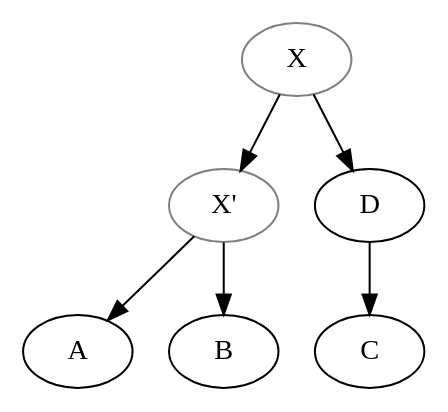
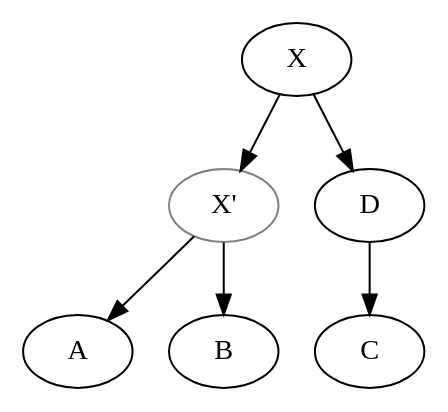
One commit to OpenStemmata/database changed the diagram in Wauquelin/graph.gv. Above: the diagram before and after it, drawn with Graphviz.

Commit message:
corr Xprime

```diff
--- a/Wauquelin/graph.gv
+++ b/Wauquelin/graph.gv
@@ -1,11 +1,10 @@
 digraph {
     Xprime [label="X'"]
     X -> Xprime;
     X -> D ;
     Xprime -> A;
     Xprime -> B;
     D -> C;
 
-    X[color="grey"]
     Xprime[color="grey"]
 }
```
